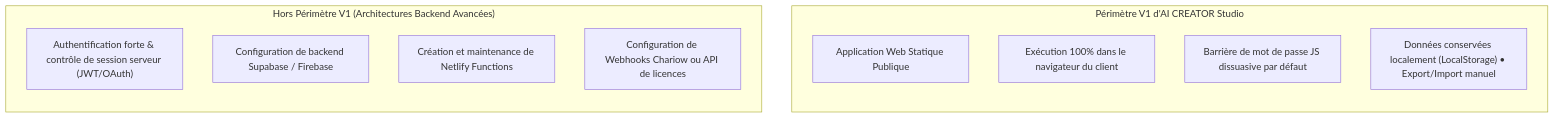
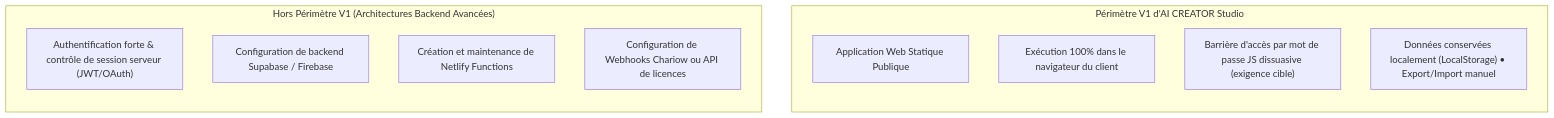
The sixth of 11 diagrams in docs/COURSE_PRD.md (Kreesten-hsh/AI_CREATOR_STUDIO), drawn with Mermaid before and after one commit. The commit also changed other lines of this file and 3 other files, not shown here.

First line of the commit message:
docs: harmonize PRD, README and configure graphify integration

````diff
--- a/docs/COURSE_PRD.md
+++ b/docs/COURSE_PRD.md
@@ -702,18 +702,18 @@
 ```mermaid
 flowchart TD
     subgraph ScopeV1["Périmètre V1 d'AI CREATOR Studio"]
         direction TB
         A1["Application Web Statique Publique"]
         A2["Exécution 100% dans le navigateur du client"]
-        A3["Barrière de mot de passe JS dissuasive par défaut"]
+        A3["Barrière d'accès par mot de passe JS dissuasive (exigence cible)"]
         A4["Données conservées localement (LocalStorage) • Export/Import manuel"]
     end
     
     subgraph OutScopeV1["Hors Périmètre V1 (Architectures Backend Avancées)"]
         direction TB
         B1["Authentification forte & contrôle de session serveur (JWT/OAuth)"]
         B2["Configuration de backend Supabase / Firebase"]
         B3["Création et maintenance de Netlify Functions"]
         B4["Configuration de Webhooks Chariow ou API de licences"]
     end
 ```
````
